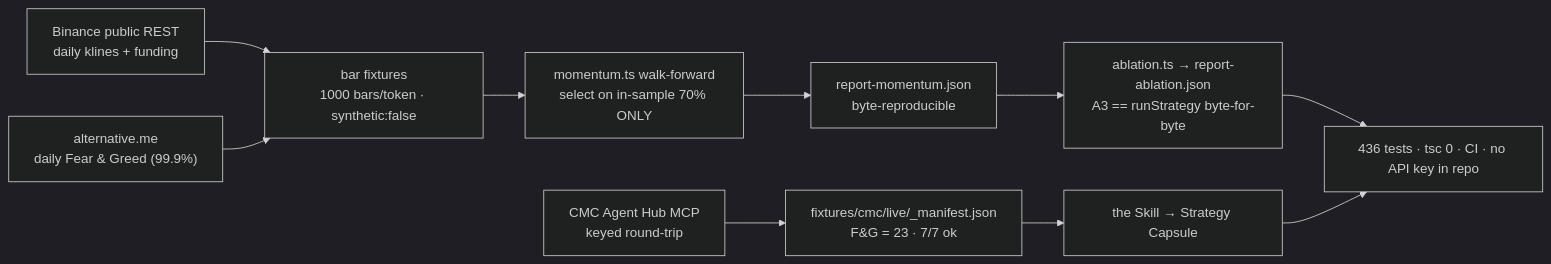
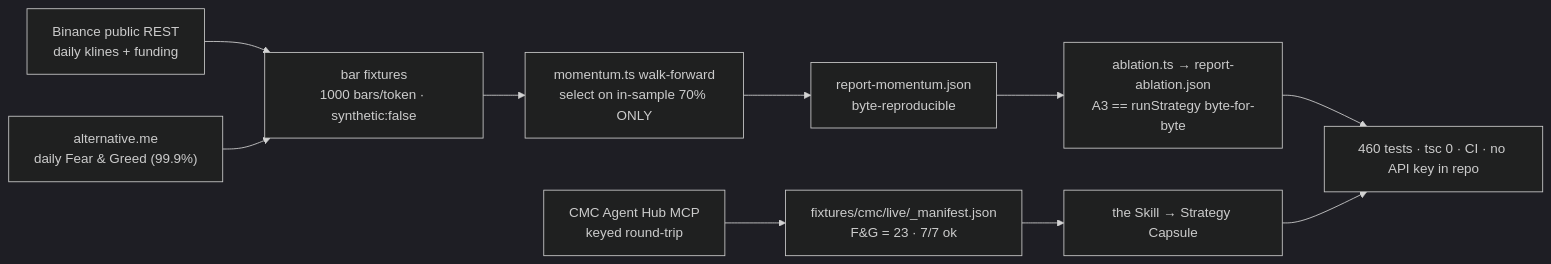
The fifth of 5 diagrams in README.md (agdanish/stoic), drawn with Mermaid (dark theme) before and after one commit. The commit also changed other lines of this file and 17 other files, not shown here.

````diff
--- a/README.md
+++ b/README.md
@@ -387,12 +423,12 @@
 ```mermaid
 flowchart LR
     BIN["Binance public REST<br/>daily klines + funding"] --> FX["bar fixtures<br/>1000 bars/token · synthetic:false"]
     ALT["alternative.me<br/>daily Fear & Greed (99.9%)"] --> FX
     FX --> BT["momentum.ts walk-forward<br/>select on in-sample 70% ONLY"]
     BT --> RP["report-momentum.json<br/>byte-reproducible"]
     RP --> AB["ablation.ts → report-ablation.json<br/>A3 == runStrategy byte-for-byte"]
     CMC["CMC Agent Hub MCP<br/>keyed round-trip"] --> CAP["fixtures/cmc/live/_manifest.json<br/>F&amp;G = 23 · 7/7 ok"]
     CAP --> SK["the Skill → Strategy Capsule"]
-    AB --> V["436 tests · tsc 0 · CI · no API key in repo"]
+    AB --> V["460 tests · tsc 0 · CI · no API key in repo"]
     SK --> V
 ```
````
